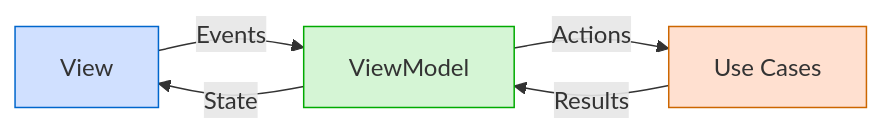
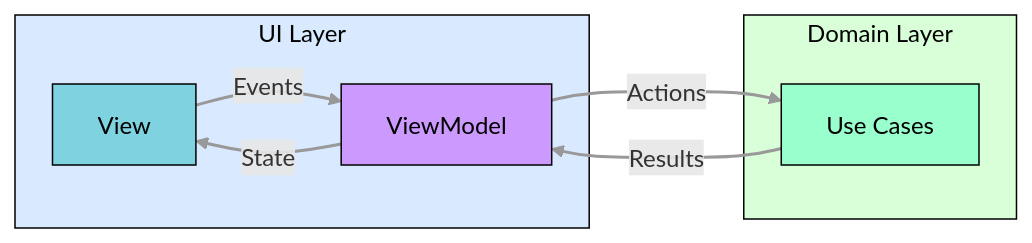
Before and after one commit to thunderbird/thunderbird-android: the second of 2 diagrams in docs/architecture/ui-architecture.md, drawn with Mermaid. The commit also changed other lines of this file and 5 other files, not shown here.

Commit message:
docs(architecture): improve diagram colors and unified styling and naming

````diff
--- a/docs/architecture/ui-architecture.md
+++ b/docs/architecture/ui-architecture.md
@@ -147,15 +151,30 @@
 ```mermaid
 graph LR
-    V[View] --> |Events| VM[ViewModel]
-    VM --> |State| V
-    VM --> |Actions| UC[Use Cases]
-    UC --> |Results| VM
+    subgraph UI[UI Layer]
+        VIEW[View]
+        VIEW_MODEL[ViewModel]
+    end
 
-    classDef viewClass fill:#d0e0ff,stroke:#0066cc
-    classDef vmClass fill:#d5f5d5,stroke:#00aa00
-    classDef ucClass fill:#ffe0d0,stroke:#cc6600
+    subgraph DOMAIN[Domain Layer]
+        USE_CASE[Use Cases]
+    end
 
-    class V viewClass
-    class VM vmClass
-    class UC ucClass
+    VIEW --> |Events| VIEW_MODEL
+    VIEW_MODEL --> |State| VIEW
+    VIEW_MODEL --> |Actions| USE_CASE
+    USE_CASE --> |Results| VIEW_MODEL
+
+    classDef ui_layer fill:#d9e9ff,stroke:#000000,color:#000000
+    classDef view fill:#7fd3e0,stroke:#000000,color:#000000
+    classDef view_model fill:#cc99ff,stroke:#000000,color:#000000
+    classDef domain_layer fill:#d9ffd9,stroke:#000000,color:#000000
+    classDef use_case fill:#99ffcc,stroke:#000000,color:#000000
+
+    linkStyle default stroke:#999,stroke-width:2px
+
+    class UI ui_layer
+    class VIEW view
+    class VIEW_MODEL view_model
+    class DOMAIN domain_layer
+    class USE_CASE use_case
 ```
````
